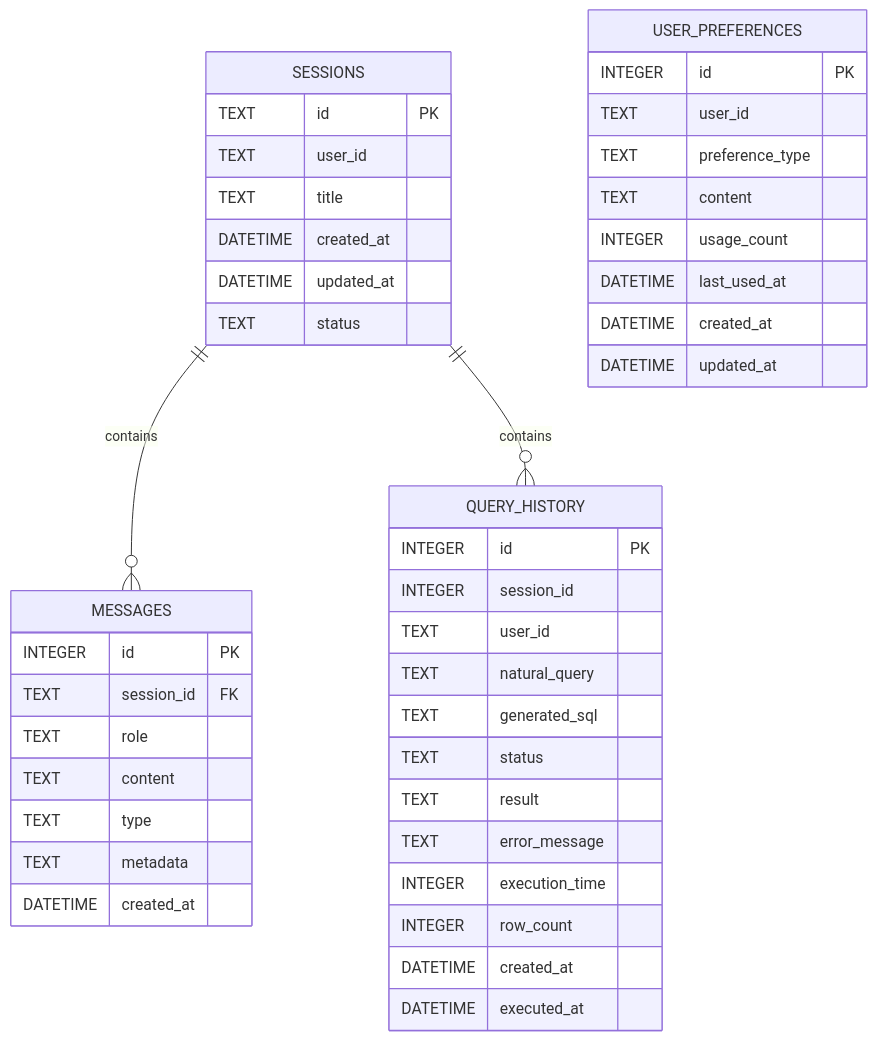
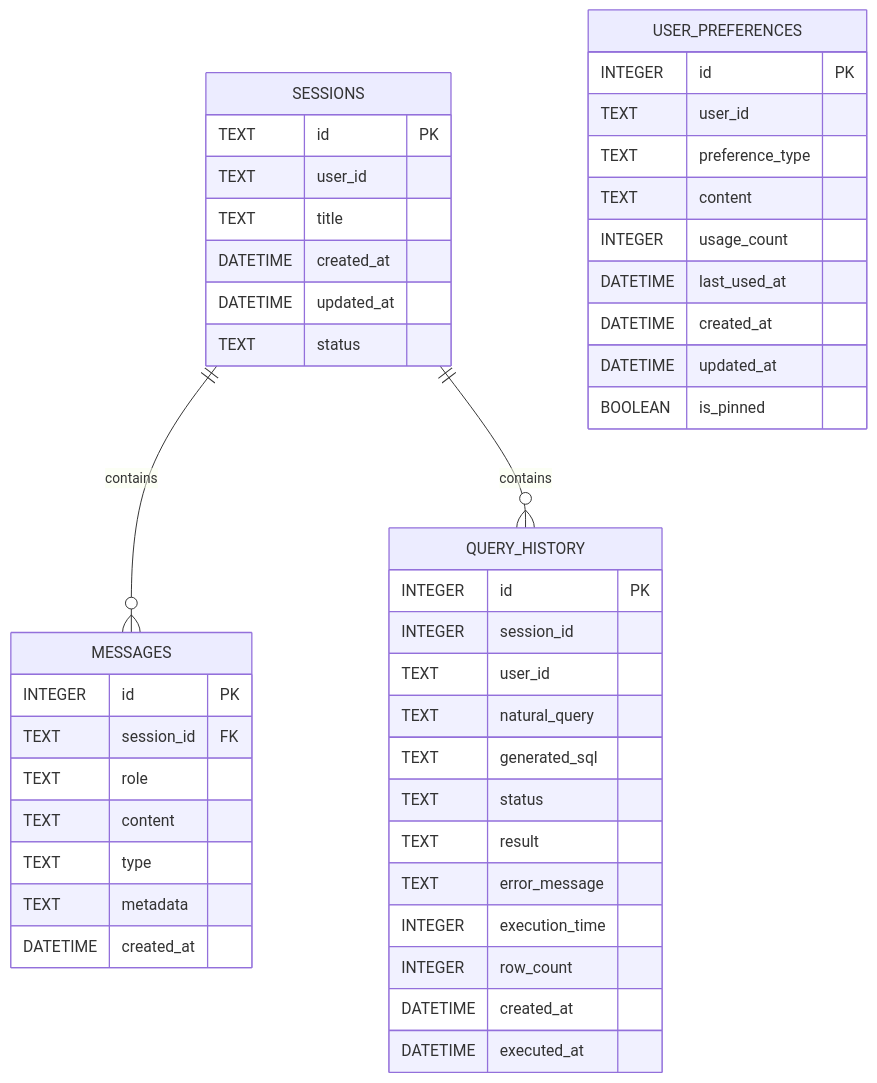
One commit to HanHuiOnLine/724-office changed the fifth of 6 diagrams in .qoder/repowiki/zh/content/核心模块详解/NL2SQL自然语言到SQL系统/NL2SQL长期记忆系统.md. Above: the diagram before and after it, drawn with Mermaid. The commit also changed other lines of this file and 7 other files, not shown here.

````diff
--- a/.qoder/repowiki/zh/content/核心模块详解/NL2SQL自然语言到SQL系统/NL2SQL长期记忆系统.md
+++ b/.qoder/repowiki/zh/content/核心模块详解/NL2SQL自然语言到SQL系统/NL2SQL长期记忆系统.md
@@ -355,46 +434,47 @@
 ```mermaid
 erDiagram
 SESSIONS {
 TEXT id PK
 TEXT user_id
 TEXT title
 DATETIME created_at
 DATETIME updated_at
 TEXT status
 }
 MESSAGES {
 INTEGER id PK
 TEXT session_id FK
 TEXT role
 TEXT content
 TEXT type
 TEXT metadata
 DATETIME created_at
 }
 USER_PREFERENCES {
 INTEGER id PK
 TEXT user_id
 TEXT preference_type
 TEXT content
 INTEGER usage_count
 DATETIME last_used_at
 DATETIME created_at
 DATETIME updated_at
+BOOLEAN is_pinned
 }
 QUERY_HISTORY {
 INTEGER id PK
 INTEGER session_id
 TEXT user_id
 TEXT natural_query
 TEXT generated_sql
 TEXT status
 TEXT result
 TEXT error_message
 INTEGER execution_time
 INTEGER row_count
 DATETIME created_at
 DATETIME executed_at
 }
 SESSIONS ||--o{ MESSAGES : contains
 SESSIONS ||--o{ QUERY_HISTORY : contains
 ```
````
